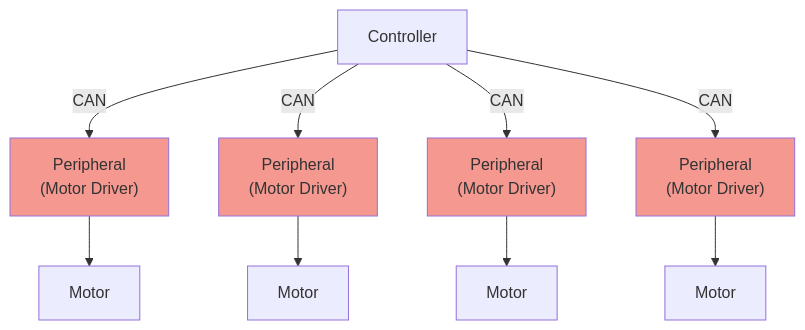
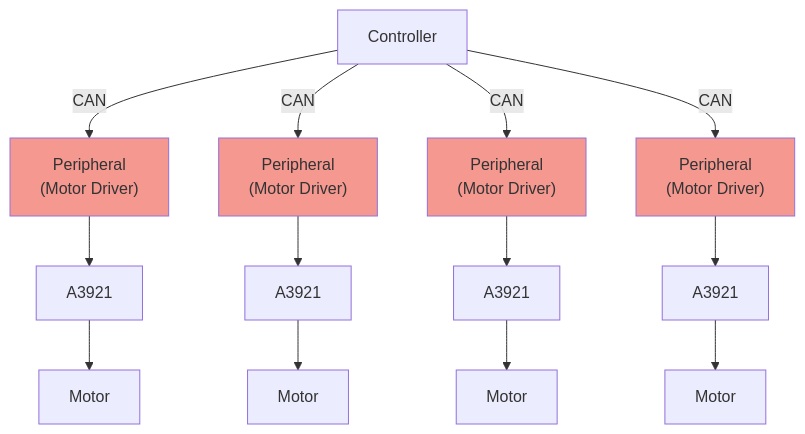
Before and after one commit to yutotnh/mbed-can-motor-driver-for-spirit: the diagram in README.md, drawn with Mermaid.

Commit message:
Update README.md (#15)

````diff
--- a/README.md
+++ b/README.md
@@ -7,10 +7,10 @@
 ```mermaid
 flowchart TB
     classDef Peripheral fill:#EA3323,fill-opacity:0.5
 
     A[Controller]
-    A -- CAN --> B["Peripheral\n(Motor Driver)"]:::Peripheral --> B2[Motor]
-    A -- CAN --> C["Peripheral\n(Motor Driver)"]:::Peripheral --> C2[Motor]
-    A -- CAN --> D["Peripheral\n(Motor Driver)"]:::Peripheral --> D2[Motor]
-    A -- CAN --> E["Peripheral\n(Motor Driver)"]:::Peripheral --> E2[Motor]
+    A -- CAN --> B["Peripheral\n(Motor Driver)"]:::Peripheral --> B1[A3921] -->B2[Motor]
+    A -- CAN --> C["Peripheral\n(Motor Driver)"]:::Peripheral --> C1[A3921] -->C2[Motor]
+    A -- CAN --> D["Peripheral\n(Motor Driver)"]:::Peripheral --> D1[A3921] -->D2[Motor]
+    A -- CAN --> E["Peripheral\n(Motor Driver)"]:::Peripheral --> E1[A3921] -->E2[Motor]
 ```
````
